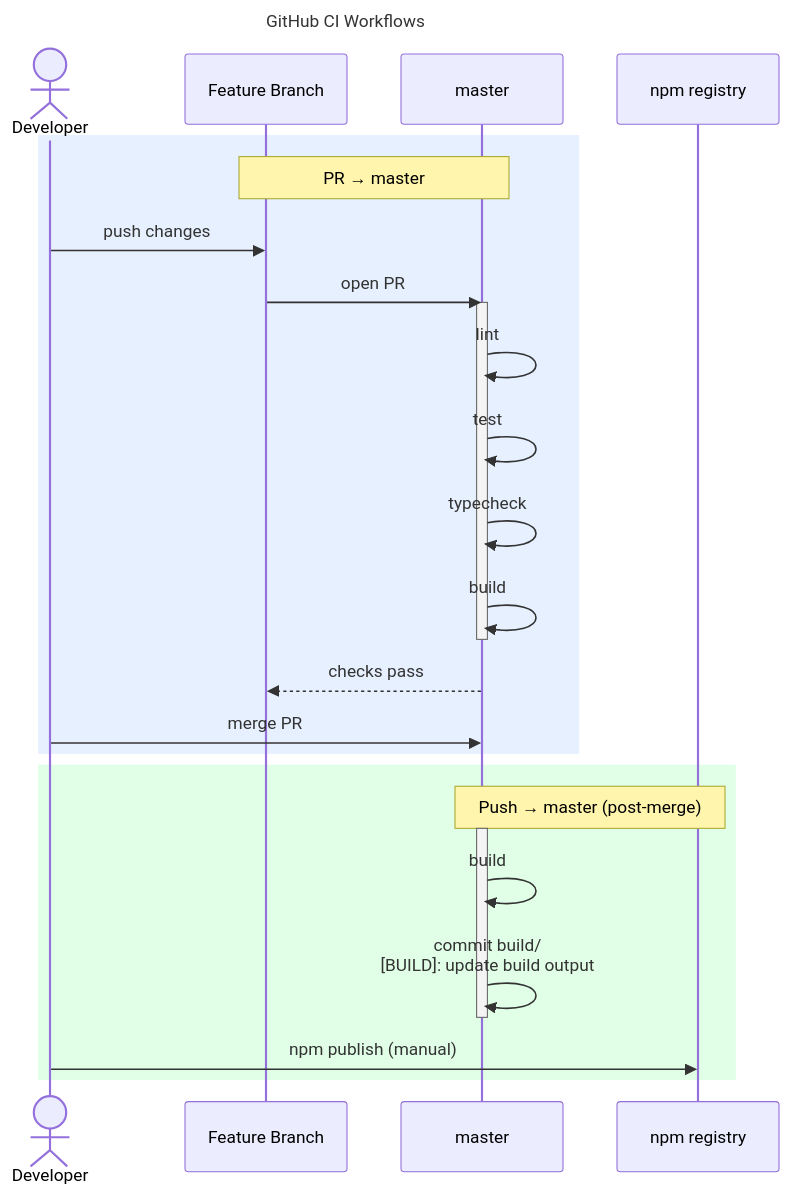
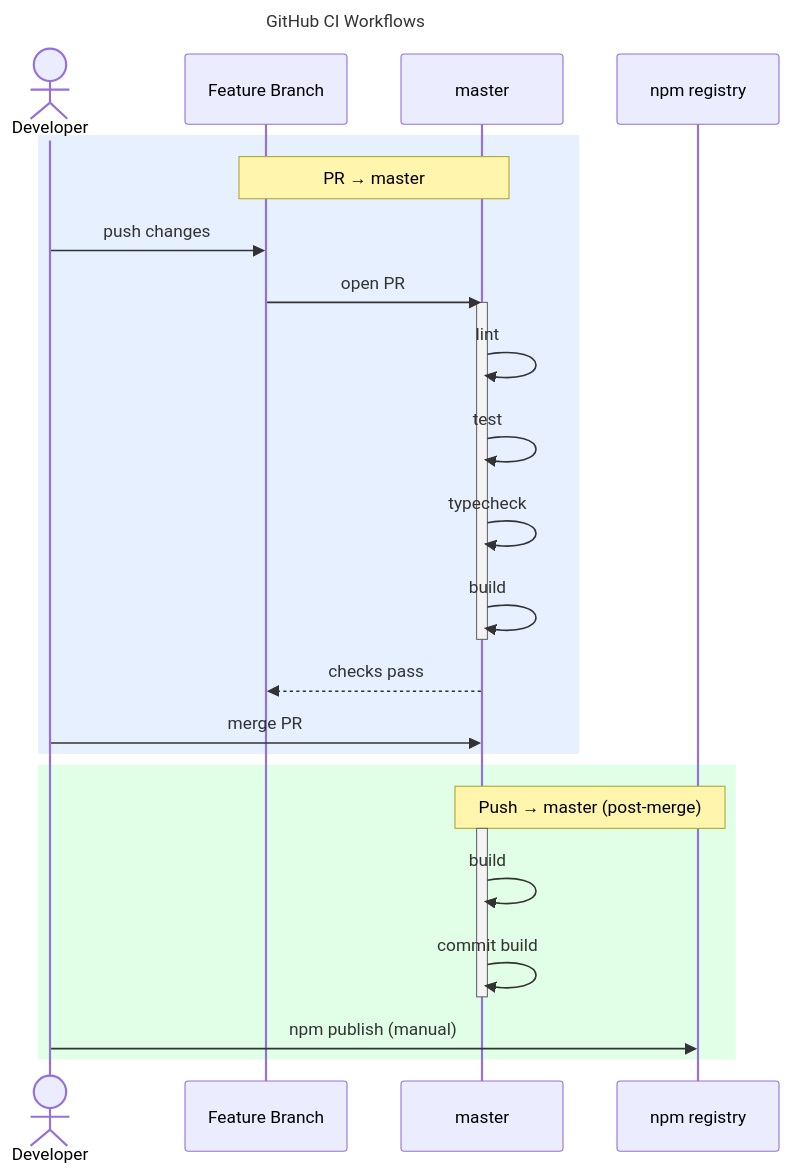
Before and after one commit to erdembircan/license-wizard: the diagram in docs/contracts/ci-workflow.mmd, drawn with Mermaid.

Commit message:
[DOCS]: simplify post-merge build step in CI chart [skip ci]

```diff
--- a/docs/contracts/ci-workflow.mmd
+++ b/docs/contracts/ci-workflow.mmd
@@ -1,31 +1,31 @@
 ---
 title: GitHub CI Workflows
 ---
 sequenceDiagram
     actor Dev as Developer
     participant FB as Feature Branch
     participant M as master
     participant NPM as npm registry
 
     rect rgb(230, 240, 255)
         Note over FB,M: PR → master
         Dev->>FB: push changes
         FB->>M: open PR
         activate M
         M->>M: lint
         M->>M: test
         M->>M: typecheck
         M->>M: build
         deactivate M
         M-->>FB: checks pass
         Dev->>M: merge PR
     end
 
     rect rgb(224, 255, 230)
         Note over M,NPM: Push → master (post-merge)
         activate M
         M->>M: build
-        M->>M: commit build/<br/>[BUILD]: update build output
+        M->>M: commit build
         deactivate M
         Dev->>NPM: npm publish (manual)
     end
```
